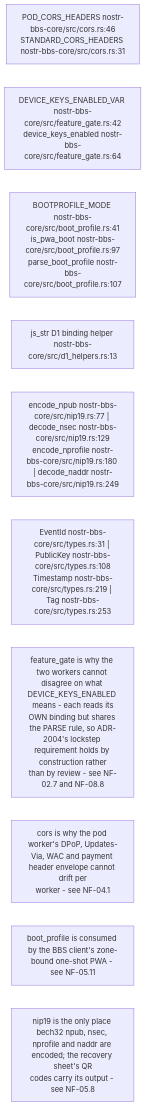
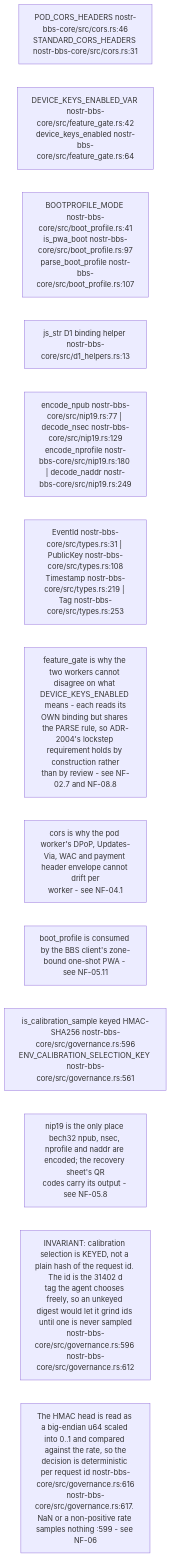
Before and after one commit to DreamLab-AI/VisionFlow: the ninth of 10 diagrams in docs/diagrams/nostr-rust-forum/12-core-wire-crypto-and-federation-envelope.md, drawn with Mermaid. The commit also changed other lines of this file and 11 other files, not shown here.

````diff
--- a/docs/diagrams/nostr-rust-forum/12-core-wire-crypto-and-federation-envelope.md
+++ b/docs/diagrams/nostr-rust-forum/12-core-wire-crypto-and-federation-envelope.md
@@ -286,14 +289,18 @@
 ```mermaid
 flowchart LR
     CORS["POD_CORS_HEADERS nostr-bbs-core/src/cors.rs:46<br/>STANDARD_CORS_HEADERS nostr-bbs-core/src/cors.rs:31"]
     FG["DEVICE_KEYS_ENABLED_VAR nostr-bbs-core/src/feature_gate.rs:42<br/>device_keys_enabled nostr-bbs-core/src/feature_gate.rs:64"]
     BP["BOOTPROFILE_MODE nostr-bbs-core/src/boot_profile.rs:41<br/>is_pwa_boot nostr-bbs-core/src/boot_profile.rs:97<br/>parse_boot_profile nostr-bbs-core/src/boot_profile.rs:107"]
     D1H["js_str D1 binding helper nostr-bbs-core/src/d1_helpers.rs:13"]
     N19["encode_npub nostr-bbs-core/src/nip19.rs:77 | decode_nsec nostr-bbs-core/src/nip19.rs:129<br/>encode_nprofile nostr-bbs-core/src/nip19.rs:180 | decode_naddr nostr-bbs-core/src/nip19.rs:249"]
     TYP["EventId nostr-bbs-core/src/types.rs:31 | PublicKey nostr-bbs-core/src/types.rs:108<br/>Timestamp nostr-bbs-core/src/types.rs:219 | Tag nostr-bbs-core/src/types.rs:253"]
 
     N1["feature_gate is why the two workers cannot disagree on what DEVICE_KEYS_ENABLED means - each reads its<br/>OWN binding but shares the PARSE rule, so ADR-2004's lockstep requirement holds by construction rather<br/>than by review - see NF-02.7 and NF-08.8"]
     N2["cors is why the pod worker's DPoP, Updates-Via, WAC and payment header envelope cannot drift per<br/>worker - see NF-04.1"]
     N3["boot_profile is consumed by the BBS client's zone-bound one-shot PWA - see NF-05.11"]
+    CAL["is_calibration_sample keyed HMAC-SHA256 nostr-bbs-core/src/governance.rs:596<br/>ENV_CALIBRATION_SELECTION_KEY nostr-bbs-core/src/governance.rs:561"]
+
     N4["nip19 is the only place bech32 npub, nsec, nprofile and naddr are encoded; the recovery sheet's QR<br/>codes carry its output - see NF-05.8"]
+    N5["INVARIANT: calibration selection is KEYED, not a plain hash of the request id. The id is the 31402 d<br/>tag the agent chooses freely, so an unkeyed digest would let it grind ids until one is never sampled<br/>nostr-bbs-core/src/governance.rs:596 nostr-bbs-core/src/governance.rs:612"]
+    N6["The HMAC head is read as a big-endian u64 scaled into 0..1 and compared against the rate, so the<br/>decision is deterministic per request id nostr-bbs-core/src/governance.rs:616<br/>nostr-bbs-core/src/governance.rs:617. NaN or a non-positive rate samples nothing :599 - see NF-06"]
 ```
````
